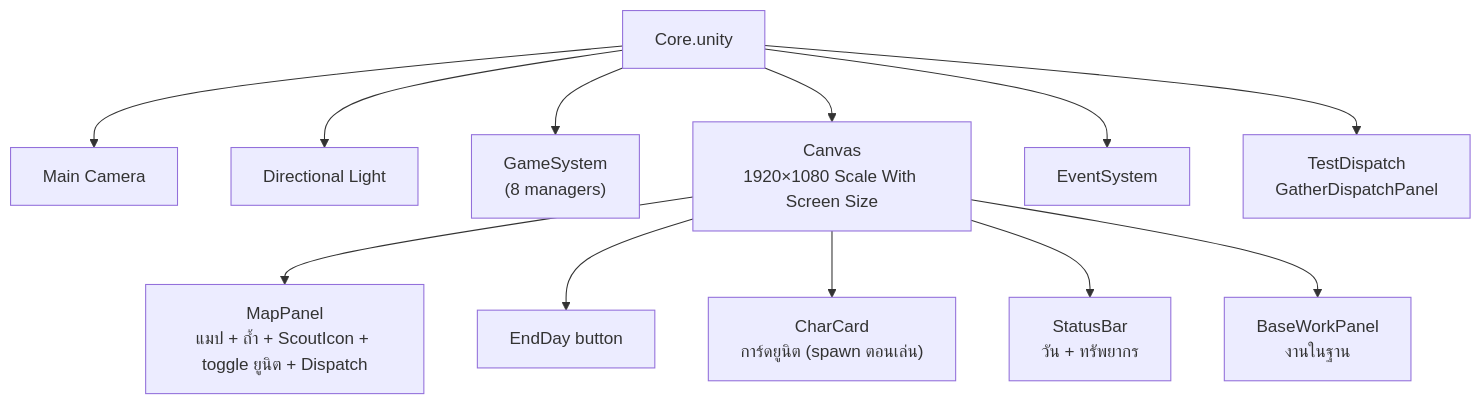
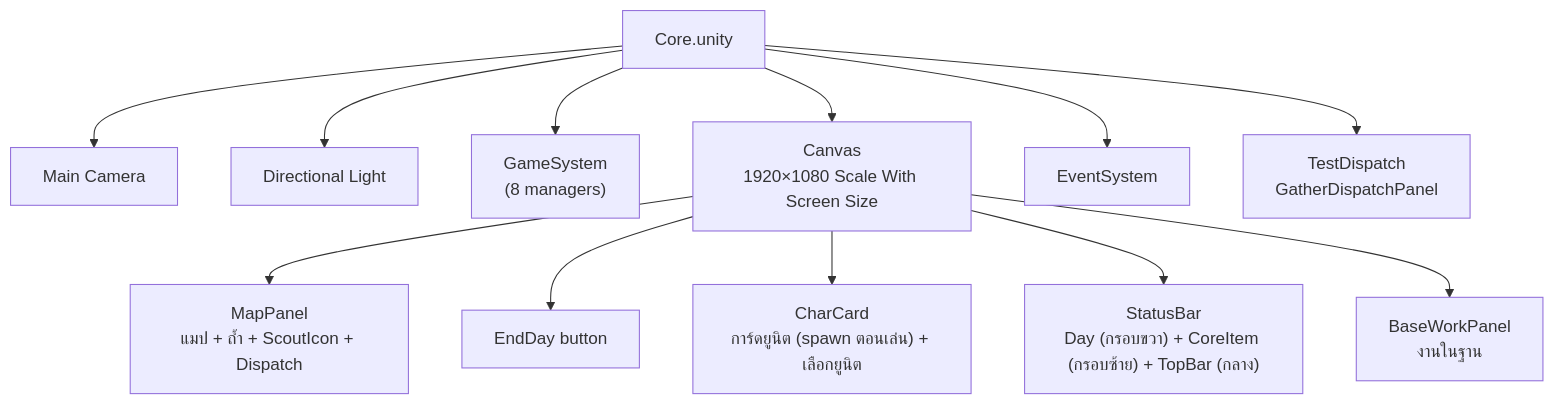
Before and after one commit to nopponaim603/clogged: the first of 2 diagrams in docs/software/06-unity-core-scene-hierarchy.md, drawn with Mermaid. The commit also changed other lines of this file and 16 other files, not shown here.

````diff
--- a/docs/software/06-unity-core-scene-hierarchy.md
+++ b/docs/software/06-unity-core-scene-hierarchy.md
@@ -20,16 +20,16 @@
 ```mermaid
 flowchart TD
     Scene["Core.unity"]
     Scene --> Cam["Main Camera"]
     Scene --> Light["Directional Light"]
     Scene --> GS["GameSystem<br/>(8 managers)"]
     Scene --> Canvas["Canvas<br/>1920×1080 Scale With Screen Size"]
     Scene --> ES["EventSystem"]
     Scene --> TD["TestDispatch<br/>GatherDispatchPanel"]
 
-    Canvas --> Map["MapPanel<br/>แมป + ถ้ำ + ScoutIcon + toggle ยูนิต + Dispatch"]
+    Canvas --> Map["MapPanel<br/>แมป + ถ้ำ + ScoutIcon + Dispatch"]
     Canvas --> End["EndDay button"]
-    Canvas --> Card["CharCard<br/>การ์ดยูนิต (spawn ตอนเล่น)"]
-    Canvas --> SB["StatusBar<br/>วัน + ทรัพยากร"]
+    Canvas --> Card["CharCard<br/>การ์ดยูนิต (spawn ตอนเล่น) + เลือกยูนิต"]
+    Canvas --> SB["StatusBar<br/>Day (กรอบขวา) + CoreItem (กรอบซ้าย) + TopBar (กลาง)"]
     Canvas --> BW["BaseWorkPanel<br/>งานในฐาน"]
 ```
````
